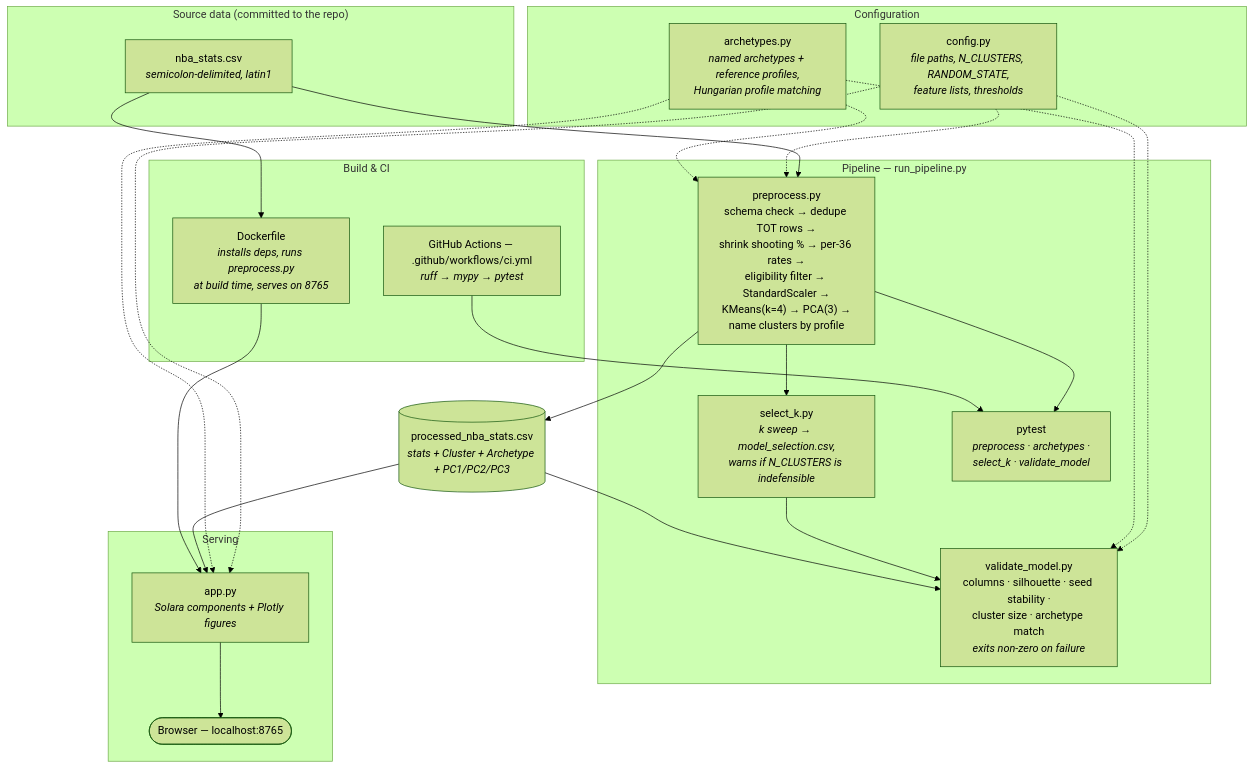
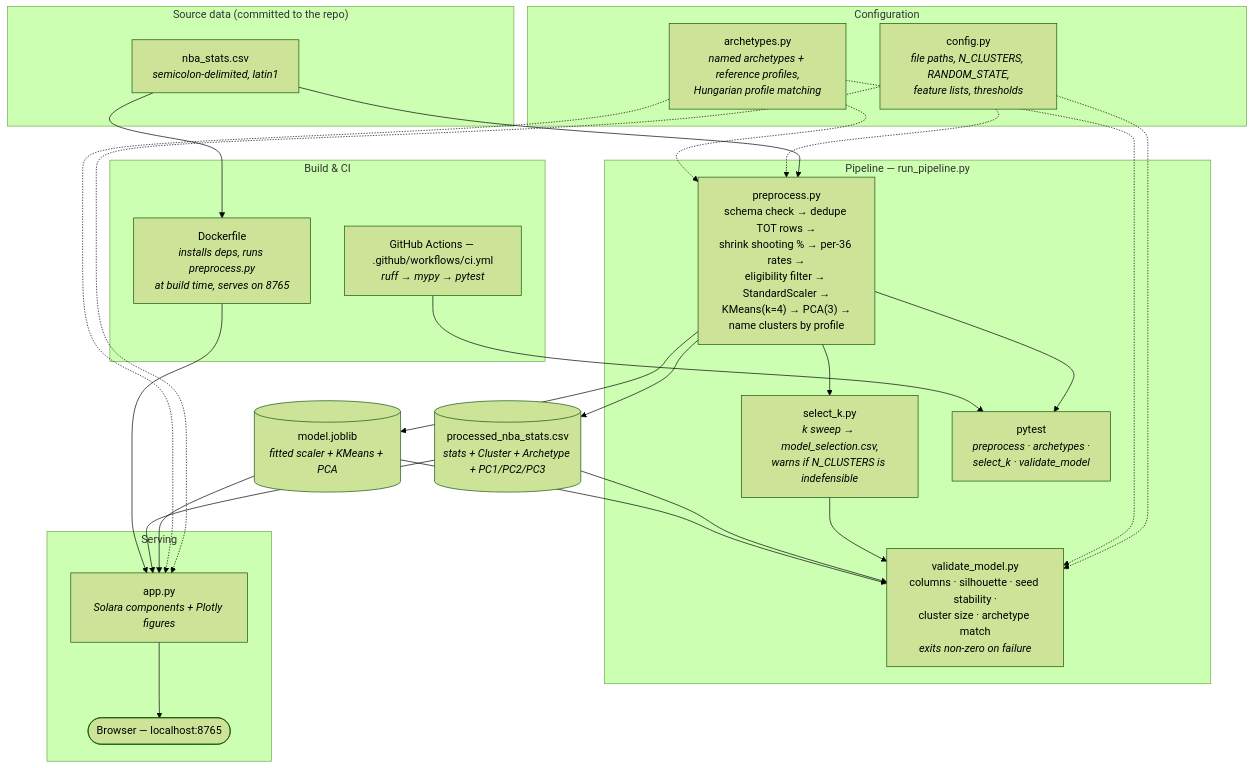
Before and after one commit to thompgt/nba-player-clustering: the diagram in README.md, drawn with Mermaid (forest theme). The commit also changed other lines of this file and 10 other files, not shown here.

First line of the commit message:
Fit the scaler and model once, then load it everywhere (#17)

````diff
--- a/README.md
+++ b/README.md
@@ -29,48 +29,52 @@
 ```mermaid
 flowchart TD
     subgraph src["Source data (committed to the repo)"]
         RAW["nba_stats.csv<br/><i>semicolon-delimited, latin1</i>"]
     end
 
     subgraph cfg["Configuration"]
         CONFIG["config.py<br/><i>file paths, N_CLUSTERS, RANDOM_STATE,<br/>feature lists, thresholds</i>"]
         ARCH["archetypes.py<br/><i>named archetypes + reference profiles,<br/>Hungarian profile matching</i>"]
     end
 
     subgraph pipe["Pipeline — run_pipeline.py"]
         PRE["preprocess.py<br/>schema check → dedupe TOT rows →<br/>shrink shooting % → per-36 rates →<br/>eligibility filter → StandardScaler →<br/>KMeans(k=4) → PCA(3) →<br/>name clusters by profile"]
         SEL["select_k.py<br/><i>k sweep → model_selection.csv,<br/>warns if N_CLUSTERS is indefensible</i>"]
         VAL["validate_model.py<br/>columns · silhouette · seed stability ·<br/>cluster size · archetype match<br/><i>exits non-zero on failure</i>"]
         TEST["pytest<br/><i>preprocess · archetypes ·<br/>select_k · validate_model</i>"]
     end
 
     PROC[("processed_nba_stats.csv<br/><i>stats + Cluster + Archetype + PC1/PC2/PC3</i>")]
+    MODEL[("model.joblib<br/><i>fitted scaler + KMeans + PCA</i>")]
 
     subgraph serve["Serving"]
         APP["app.py<br/><i>Solara components + Plotly figures</i>"]
         BROWSER(["Browser — localhost:8765"])
     end
 
     subgraph ops["Build & CI"]
         DOCKER["Dockerfile<br/><i>installs deps, runs preprocess.py<br/>at build time, serves on 8765</i>"]
         CI["GitHub Actions — .github/workflows/ci.yml<br/><i>ruff → mypy → pytest</i>"]
     end
 
     RAW --> PRE
     CONFIG -.-> PRE
     CONFIG -.-> VAL
     CONFIG -.-> APP
     ARCH -.-> PRE
     ARCH -.-> VAL
     ARCH -.-> APP
     PRE --> PROC
+    PRE --> MODEL
     PRE --> SEL
     SEL --> VAL
     PROC --> VAL
+    MODEL --> VAL
+    MODEL --> APP
     PRE --> TEST
     PROC --> APP
     APP --> BROWSER
     RAW --> DOCKER
     DOCKER --> APP
     CI --> TEST
 ```
````
